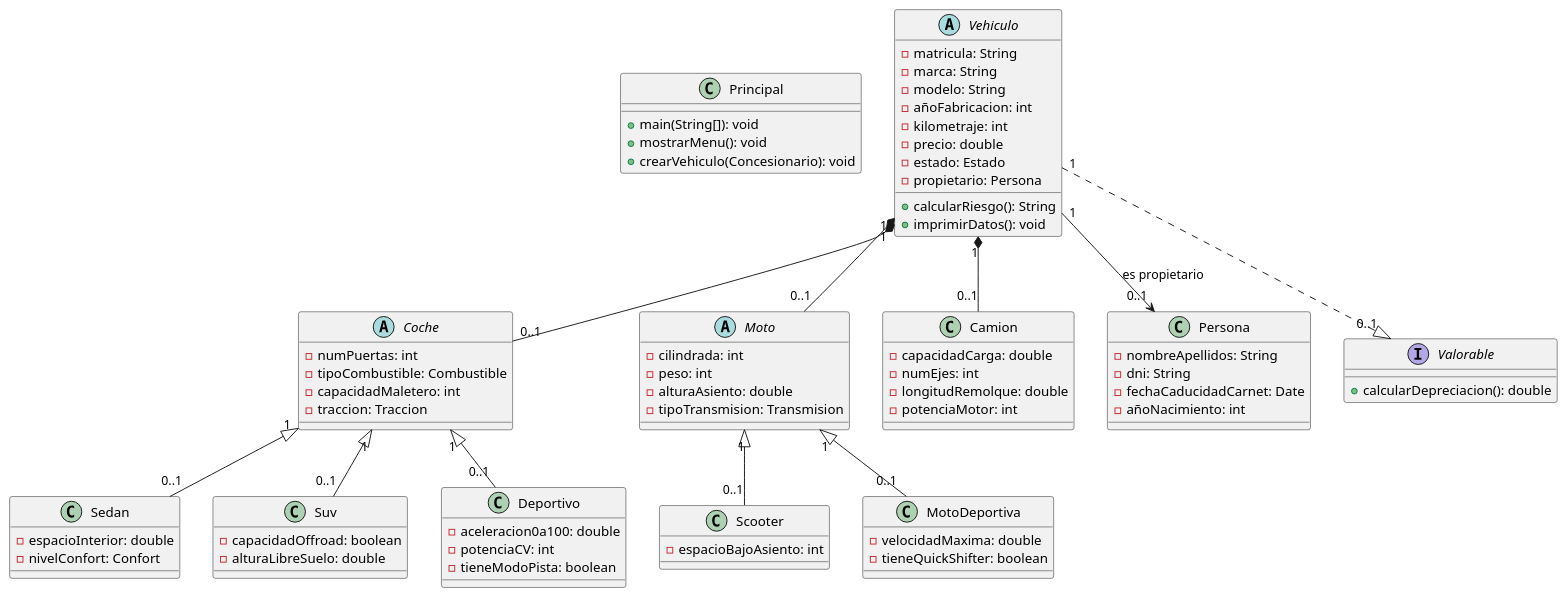
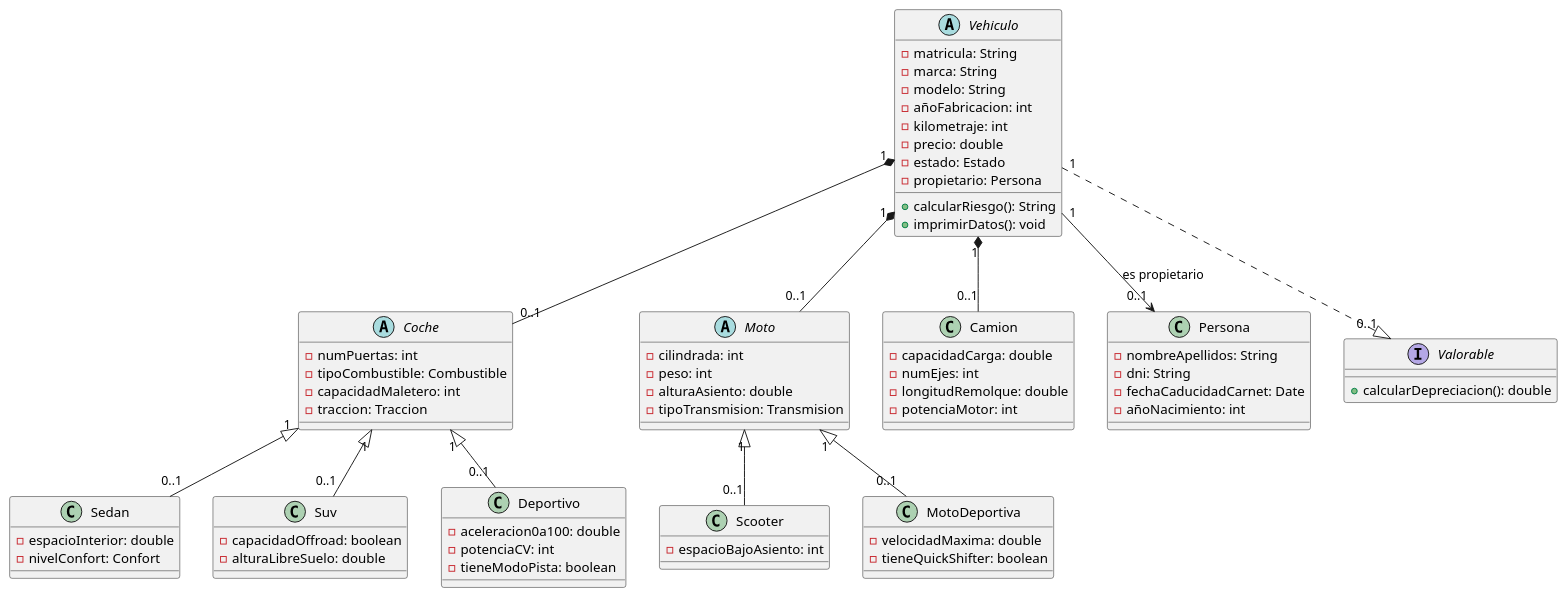
Before and after one commit to Juanma-prueba/UT5_ED_Prog: the diagram in uml/diagrama.puml, drawn with PlantUML.

Commit message:
Añadido cardinalidad entre clases

```diff
--- a/uml/diagrama.puml
+++ b/uml/diagrama.puml
@@ -1,99 +1,92 @@
 @startuml
-
-
-class Principal {
-  + main(String[]): void
-  + mostrarMenu(): void
-  + crearVehiculo(Concesionario): void
-  }
 
 abstract class Vehiculo {
     - matricula: String
     - marca: String
     - modelo: String
     - añoFabricacion: int
     - kilometraje: int
     - precio: double
     - estado: Estado
     - propietario: Persona
 
     + calcularRiesgo(): String
     + imprimirDatos(): void
 }
 
 abstract class Coche {
     - numPuertas: int
     - tipoCombustible: Combustible
     - capacidadMaletero: int
     - traccion: Traccion
 }
 
 class Sedan {
     - espacioInterior: double
     - nivelConfort: Confort
 }
 
 class Suv {
     - capacidadOffroad: boolean
     - alturaLibreSuelo: double
 }
 
 class Deportivo {
     - aceleracion0a100: double
     - potenciaCV: int
     - tieneModoPista: boolean
 }
 
 abstract class Moto {
     - cilindrada: int
     - peso: int
     - alturaAsiento: double
     - tipoTransmision: Transmision
 }
 
 class Scooter {
     - espacioBajoAsiento: int
 }
 
 class MotoDeportiva {
     - velocidadMaxima: double
     - tieneQuickShifter: boolean
 }
 
 class Camion {
     - capacidadCarga: double
     - numEjes: int
     - longitudRemolque: double
     - potenciaMotor: int
 }
 
 class Persona {
     - nombreApellidos: String
     - dni: String
     - fechaCaducidadCarnet: Date
     - añoNacimiento: int
 }
 
 interface Valorable {
     + calcularDepreciacion(): double
 }
 
 
 Vehiculo "1" *-- "0..1" Coche
 Vehiculo "1" *-- "0..1" Moto
 Vehiculo "1" *-- "0..1" Camion
 
 
 
 
 Vehiculo "1" --> "0..1" Persona : es propietario
 Vehiculo "1" ..|> "0..1" Valorable
 
 Coche "1" <|-- "0..1" Sedan
 Coche "1" <|-- "0..1" Suv
 Coche "1" <|-- "0..1" Deportivo
 
 Moto "1" <|-- "0..1" Scooter
 Moto "1" <|-- "0..1" MotoDeportiva
 
 @enduml
```
